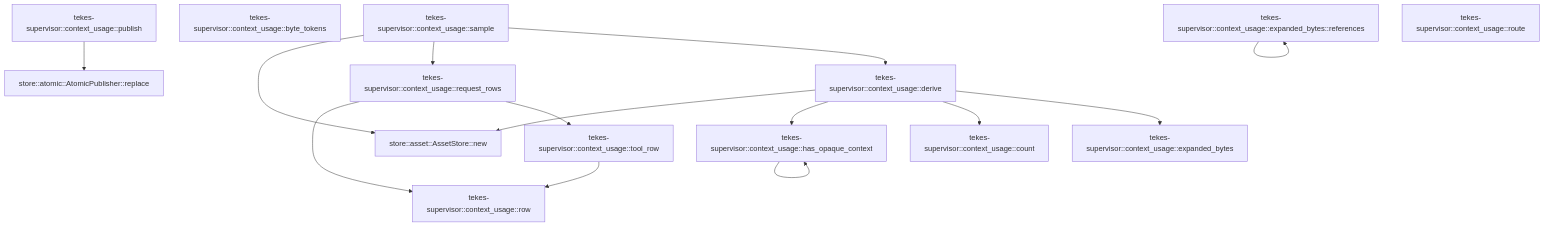
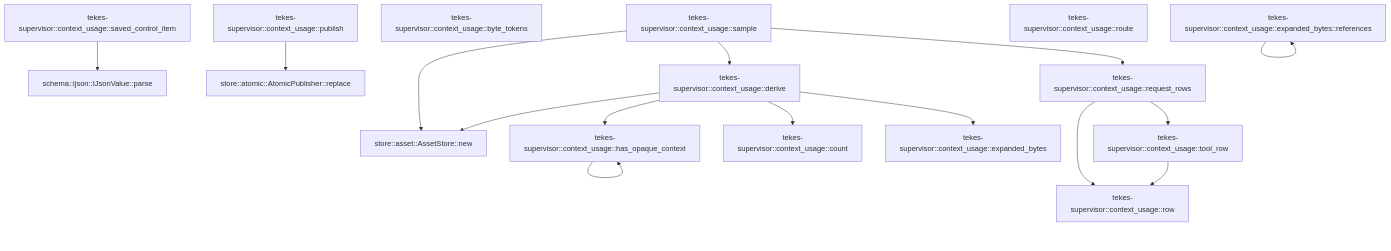
The diagram in crates/supervisor/docs/generated/src--context_usage.md (TekesApps/TekesKernel), drawn with Mermaid before and after one commit. The commit also changed other lines of this file and 125 other files, not shown here.

````diff
--- a/crates/supervisor/docs/generated/src--context_usage.md
+++ b/crates/supervisor/docs/generated/src--context_usage.md
@@ -67,30 +68,33 @@
 ```mermaid
 flowchart TD
-  n0["store::asset::AssetStore::new"]
-  n1["store::atomic::AtomicPublisher::replace"]
-  n2["tekes-supervisor::context_usage::sample"]
-  n3["tekes-supervisor::context_usage::byte_tokens"]
-  n4["tekes-supervisor::context_usage::row"]
-  n5["tekes-supervisor::context_usage::request_rows"]
-  n6["tekes-supervisor::context_usage::publish"]
-  n7["tekes-supervisor::context_usage::tool_row"]
-  n8["tekes-supervisor::context_usage::has_opaque_context"]
-  n9["tekes-supervisor::context_usage::count"]
-  n10["tekes-supervisor::context_usage::expanded_bytes"]
-  n11["tekes-supervisor::context_usage::expanded_bytes::references"]
-  n12["tekes-supervisor::context_usage::route"]
-  n13["tekes-supervisor::context_usage::derive"]
-  n2 --> n0
-  n2 --> n5
-  n2 --> n13
-  n5 --> n4
-  n5 --> n7
-  n6 --> n1
-  n7 --> n4
-  n8 --> n8
-  n11 --> n11
-  n13 --> n0
-  n13 --> n8
-  n13 --> n9
-  n13 --> n10
+  n0["schema::ijson::IJsonValue::parse"]
+  n1["store::asset::AssetStore::new"]
+  n2["store::atomic::AtomicPublisher::replace"]
+  n3["tekes-supervisor::context_usage::derive"]
+  n4["tekes-supervisor::context_usage::sample"]
+  n5["tekes-supervisor::context_usage::publish"]
+  n6["tekes-supervisor::context_usage::byte_tokens"]
+  n7["tekes-supervisor::context_usage::row"]
+  n8["tekes-supervisor::context_usage::request_rows"]
+  n9["tekes-supervisor::context_usage::tool_row"]
+  n10["tekes-supervisor::context_usage::has_opaque_context"]
+  n11["tekes-supervisor::context_usage::count"]
+  n12["tekes-supervisor::context_usage::expanded_bytes"]
+  n13["tekes-supervisor::context_usage::expanded_bytes::references"]
+  n14["tekes-supervisor::context_usage::route"]
+  n15["tekes-supervisor::context_usage::saved_control_item"]
+  n3 --> n1
+  n3 --> n10
+  n3 --> n11
+  n3 --> n12
+  n4 --> n1
+  n4 --> n3
+  n4 --> n8
+  n5 --> n2
+  n8 --> n7
+  n8 --> n9
+  n9 --> n7
+  n10 --> n10
+  n13 --> n13
+  n15 --> n0
 ```
````
